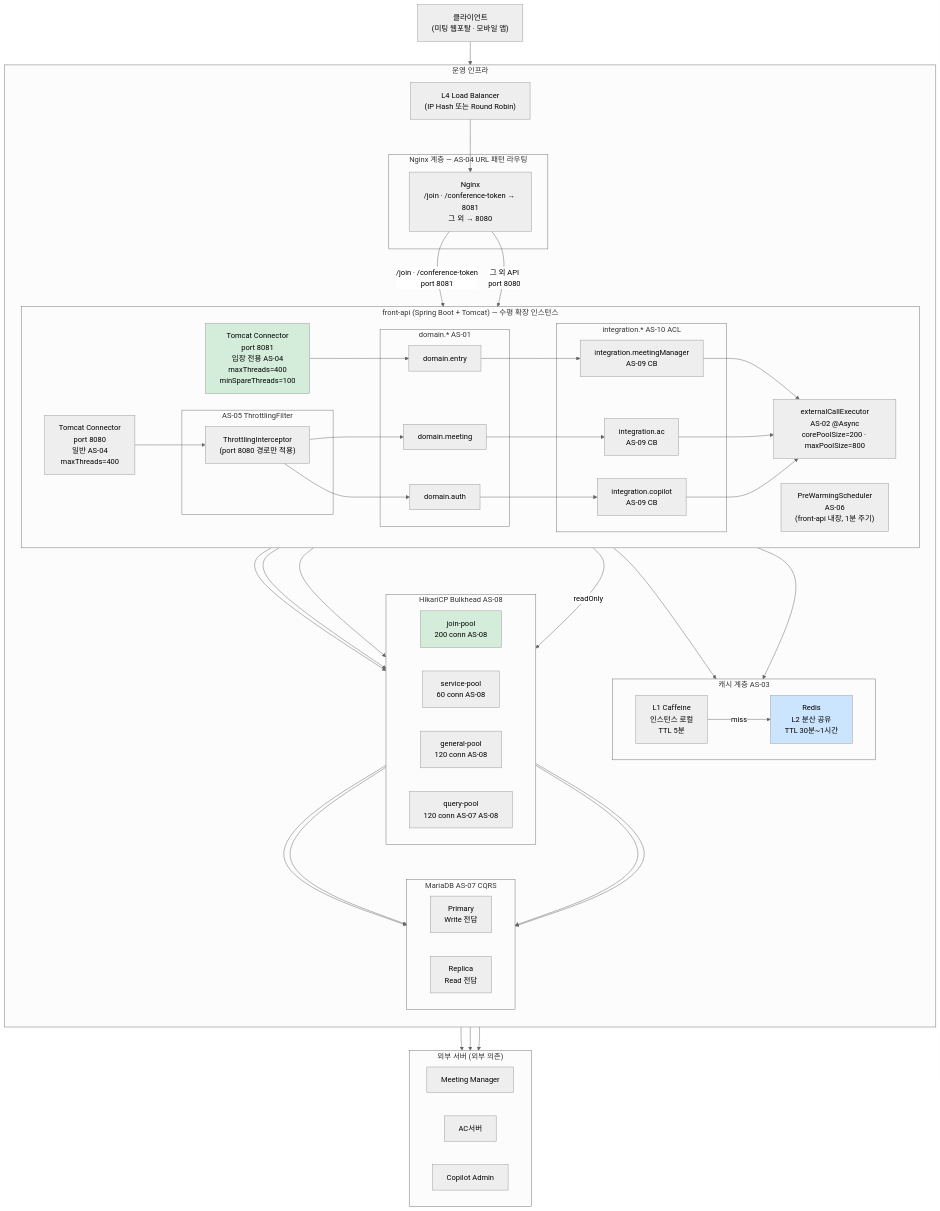
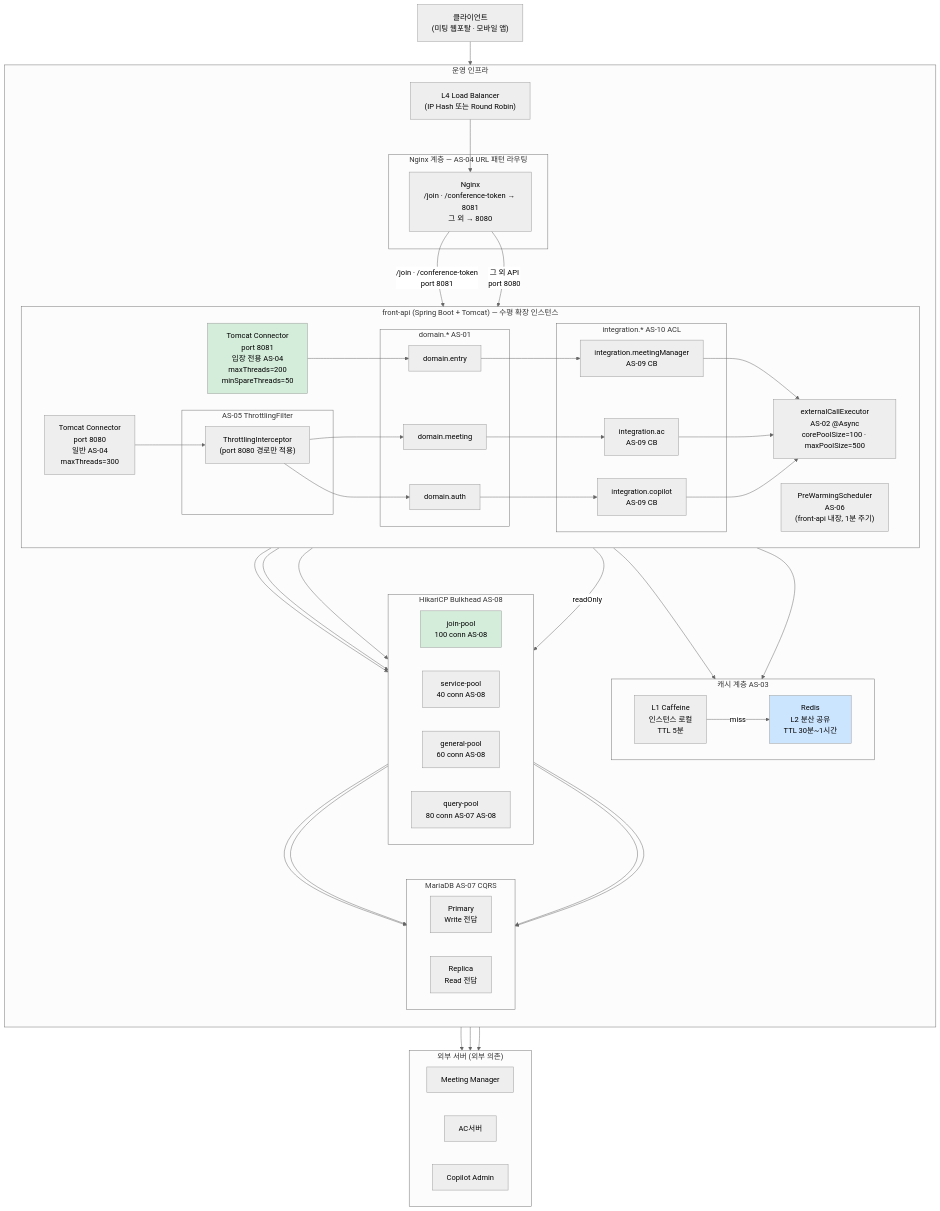
One commit to sujinnkim/A_Personal changed the diagram in docs/05-architecture-design/4.2-execution/4.2.3-deployment-view/overview.md. Above: the diagram before and after it, drawn with Mermaid (neutral theme). The commit also changed other lines of this file and 5 other files, not shown here.

```diff
--- a/docs/05-architecture-design/4.2-execution/4.2.3-deployment-view/overview.md
+++ b/docs/05-architecture-design/4.2-execution/4.2.3-deployment-view/overview.md
@@ -21,8 +21,8 @@
 
         subgraph APP_TIER["front-api (Spring Boot + Tomcat)  — 수평 확장 인스턴스"]
             direction LR
-            C8081["Tomcat Connector\nport 8081\n입장 전용  AS-04\nmaxThreads=400\nminSpareThreads=100"]
-            C8080["Tomcat Connector\nport 8080\n일반  AS-04\nmaxThreads=400"]
+            C8081["Tomcat Connector\nport 8081\n입장 전용  AS-04\nmaxThreads=200\nminSpareThreads=50"]
+            C8080["Tomcat Connector\nport 8080\n일반  AS-04\nmaxThreads=300"]
 
             subgraph FILTER["AS-05 ThrottlingFilter"]
                 TF["ThrottlingInterceptor\n(port 8080 경로만 적용)"]
@@ -40,7 +40,7 @@
                 CP_INT["integration.copilot\nAS-09 CB"]
             end
 
-            ASYNC["externalCallExecutor\nAS-02 @Async\ncorePoolSize=200 · maxPoolSize=800"]
+            ASYNC["externalCallExecutor\nAS-02 @Async\ncorePoolSize=100 · maxPoolSize=500"]
 
             SCH["PreWarmingScheduler\nAS-06\n(front-api 내장, 1분 주기)"]
         end
@@ -53,10 +53,10 @@
 
         subgraph POOL_TIER["HikariCP Bulkhead  AS-08"]
             direction LR
-            JP["join-pool\n200 conn  AS-08"]
-            SP["service-pool\n60 conn  AS-08"]
-            GP["general-pool\n120 conn  AS-08"]
-            QP["query-pool\n120 conn  AS-07 AS-08"]
+            JP["join-pool\n100 conn  AS-08"]
+            SP["service-pool\n40 conn  AS-08"]
+            GP["general-pool\n60 conn  AS-08"]
+            QP["query-pool\n80 conn  AS-07 AS-08"]
         end
 
         subgraph DB_TIER["MariaDB  AS-07 CQRS"]
```
